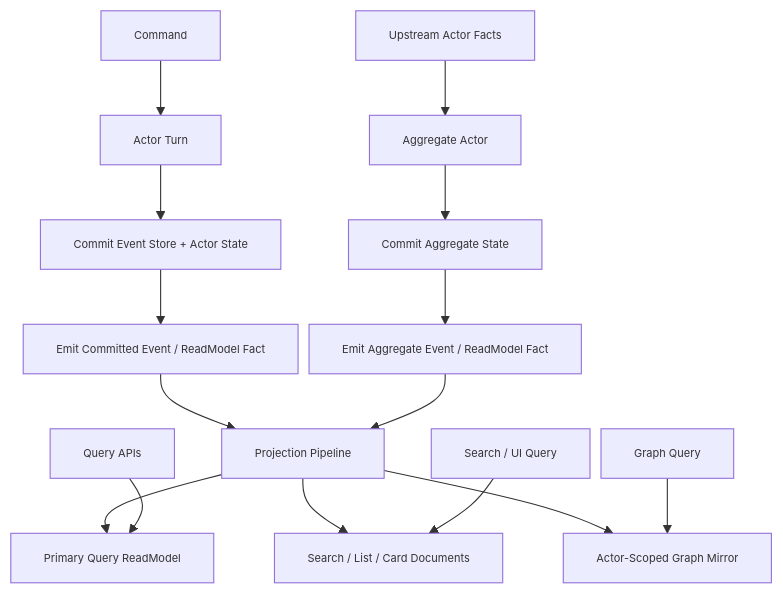
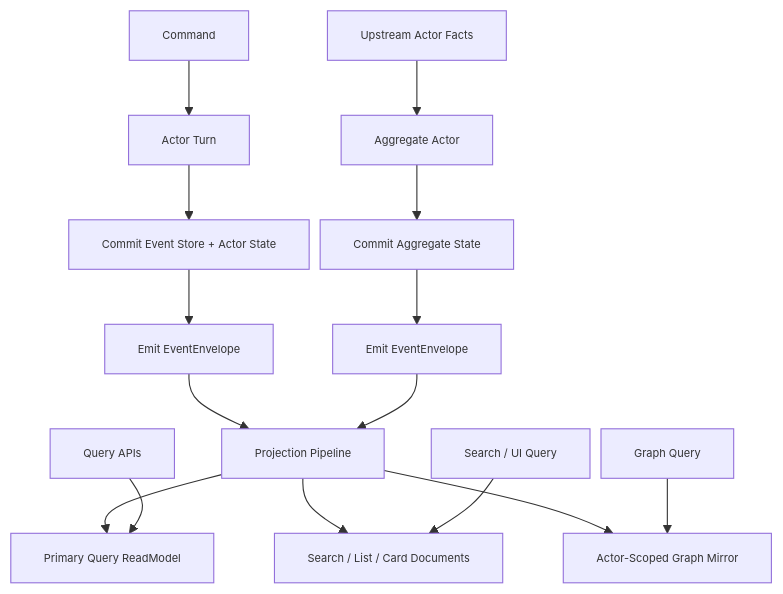
One commit to aevatarAI/aevatar changed the first of 3 diagrams in docs/architecture/2026-03-15-state-mirror-readmodel-refactor-implementation-blueprint.md. Above: the diagram before and after it, drawn with Mermaid. The commit also changed other lines of this file and 37 other files, not shown here.

````diff
--- a/docs/architecture/2026-03-15-state-mirror-readmodel-refactor-implementation-blueprint.md
+++ b/docs/architecture/2026-03-15-state-mirror-readmodel-refactor-implementation-blueprint.md
@@ -162,21 +177,21 @@
 ```mermaid
 %%{init: {"maxTextSize": 100000, "flowchart": {"useMaxWidth": false, "nodeSpacing": 10, "rankSpacing": 50}, "themeVariables": {"fontSize": "10px"}}}%%
 flowchart TB
   C["Command"] --> A["Actor Turn"]
   A --> ES["Commit Event Store + Actor State"]
-  ES --> SF["Emit Committed Event / ReadModel Fact"]
+  ES --> SF["Emit EventEnvelope<ProjectionPayload>"]
   SF --> PP["Projection Pipeline"]
 
   PP --> D1["Primary Query ReadModel"]
   PP --> D2["Search / List / Card Documents"]
   PP --> D3["Actor-Scoped Graph Mirror"]
 
   Q1["Query APIs"] --> D1
   Q2["Search / UI Query"] --> D2
   Q3["Graph Query"] --> D3
 
   U["Upstream Actor Facts"] --> AA["Aggregate Actor"]
   AA --> AES["Commit Aggregate State"]
-  AES --> ASF["Emit Aggregate Event / ReadModel Fact"]
+  AES --> ASF["Emit EventEnvelope<ProjectionPayload>"]
   ASF --> PP
 ```
````
